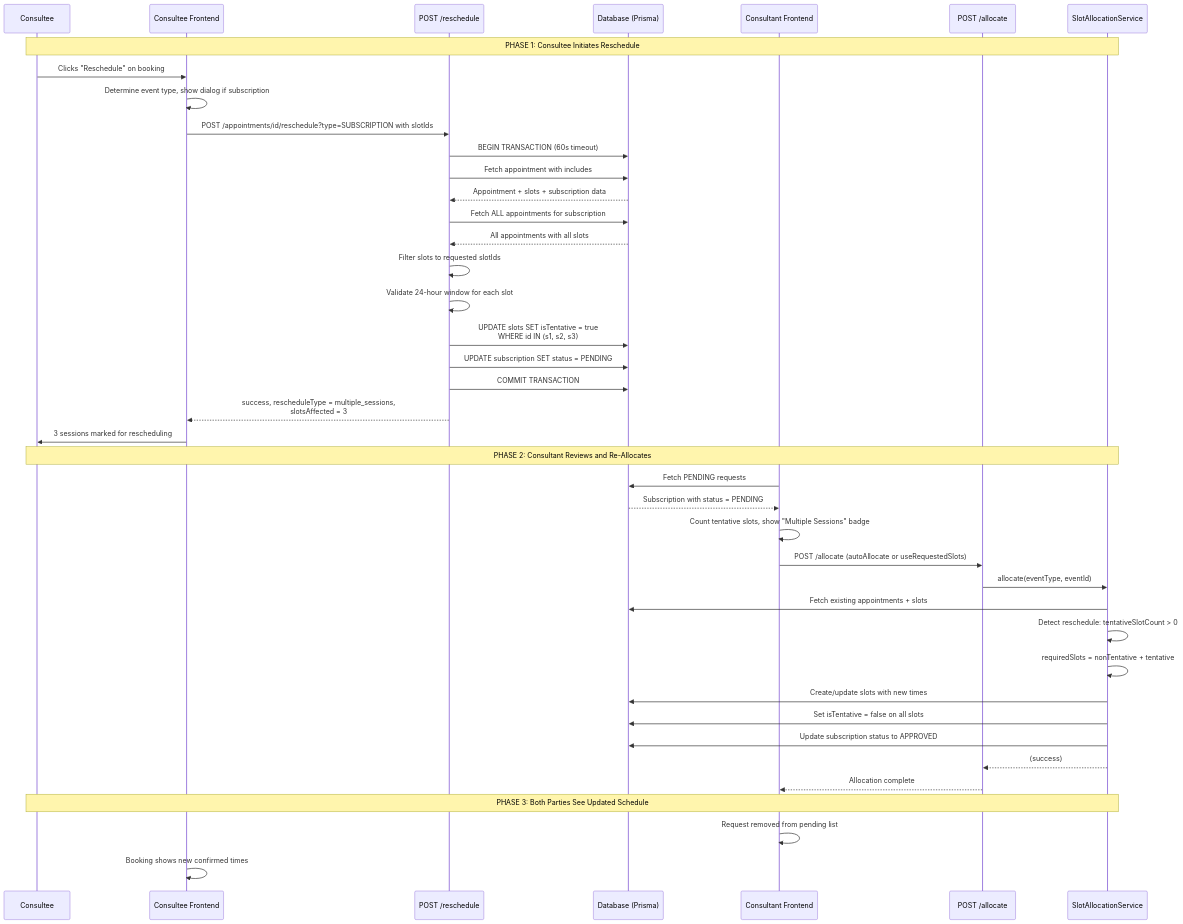
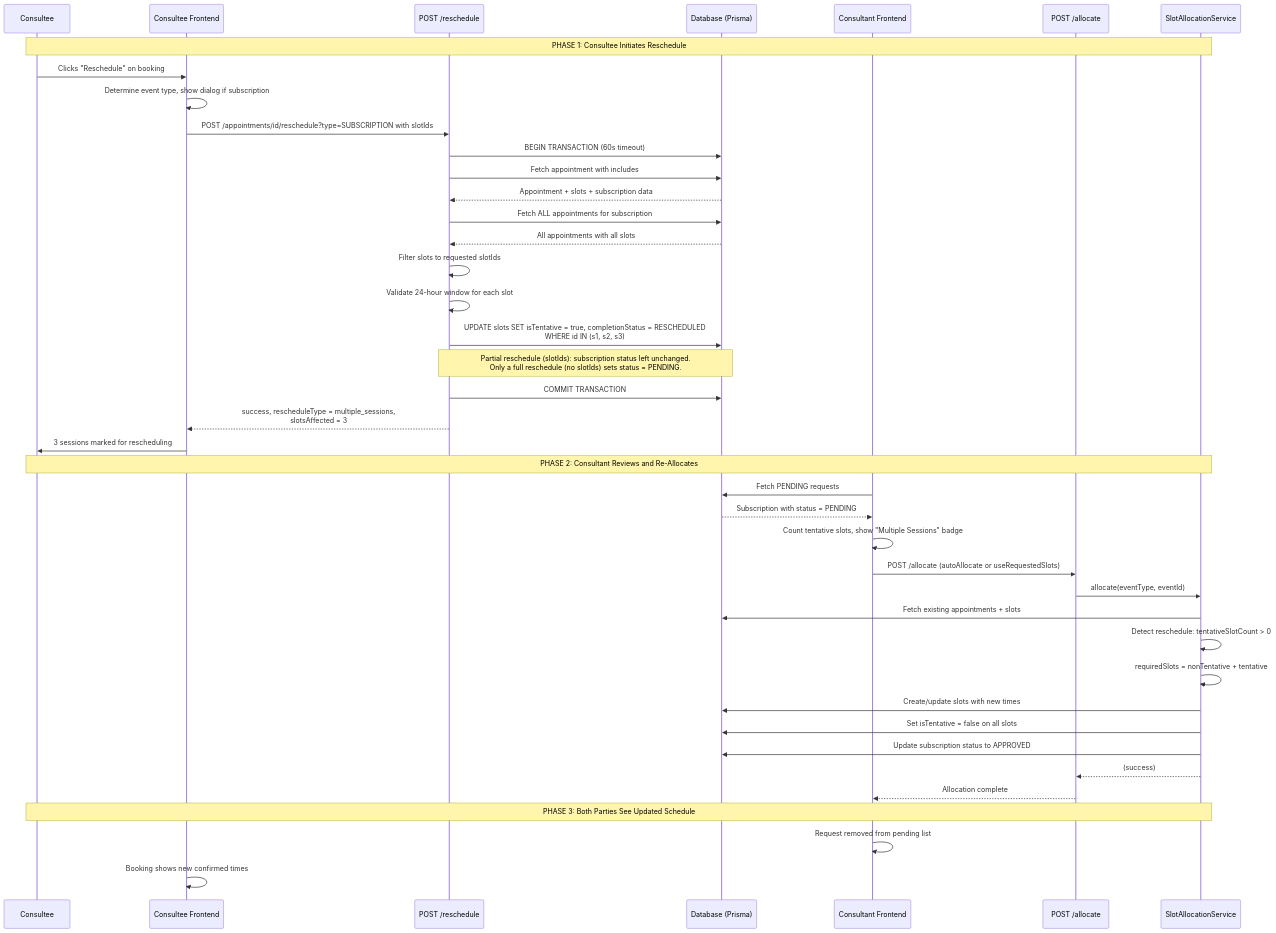
Before and after one commit to Practitionist/familiarise_web: the fourth of 10 diagrams in docs/booking/07-rescheduling-flow.md, drawn with Mermaid. The commit also changed other lines of this file and 30 other files, not shown here.

````diff
--- a/docs/booking/07-rescheduling-flow.md
+++ b/docs/booking/07-rescheduling-flow.md
@@ -321,60 +321,60 @@
 ```mermaid
 sequenceDiagram
     participant Consultee
     participant Frontend as Consultee Frontend
     participant RescheduleAPI as POST /reschedule
     participant DB as Database (Prisma)
     participant ConsultantUI as Consultant Frontend
     participant AllocateAPI as POST /allocate
     participant SlotService as SlotAllocationService
 
     Note over Consultee,SlotService: PHASE 1: Consultee Initiates Reschedule
 
     Consultee->>Frontend: Clicks "Reschedule" on booking
     Frontend->>Frontend: Determine event type, show dialog if subscription
 
     Frontend->>RescheduleAPI: POST /appointments/id/reschedule?type=SUBSCRIPTION with slotIds
 
     RescheduleAPI->>DB: BEGIN TRANSACTION (60s timeout)
     RescheduleAPI->>DB: Fetch appointment with includes
     DB-->>RescheduleAPI: Appointment + slots + subscription data
 
     RescheduleAPI->>DB: Fetch ALL appointments for subscription
     DB-->>RescheduleAPI: All appointments with all slots
 
     RescheduleAPI->>RescheduleAPI: Filter slots to requested slotIds
     RescheduleAPI->>RescheduleAPI: Validate 24-hour window for each slot
 
-    RescheduleAPI->>DB: UPDATE slots SET isTentative = true<br/>WHERE id IN (s1, s2, s3)
-    RescheduleAPI->>DB: UPDATE subscription SET status = PENDING
+    RescheduleAPI->>DB: UPDATE slots SET isTentative = true, completionStatus = RESCHEDULED<br/>WHERE id IN (s1, s2, s3)
+    Note over RescheduleAPI,DB: Partial reschedule (slotIds): subscription status left unchanged.<br/>Only a full reschedule (no slotIds) sets status = PENDING.
     RescheduleAPI->>DB: COMMIT TRANSACTION
 
     RescheduleAPI-->>Frontend: success, rescheduleType = multiple_sessions,<br/>slotsAffected = 3
     Frontend->>Consultee: 3 sessions marked for rescheduling
 
     Note over Consultee,SlotService: PHASE 2: Consultant Reviews and Re-Allocates
 
     ConsultantUI->>DB: Fetch PENDING requests
     DB-->>ConsultantUI: Subscription with status = PENDING
 
     ConsultantUI->>ConsultantUI: Count tentative slots, show "Multiple Sessions" badge
 
     ConsultantUI->>AllocateAPI: POST /allocate (autoAllocate or useRequestedSlots)
     AllocateAPI->>SlotService: allocate(eventType, eventId)
 
     SlotService->>DB: Fetch existing appointments + slots
     SlotService->>SlotService: Detect reschedule: tentativeSlotCount > 0
     SlotService->>SlotService: requiredSlots = nonTentative + tentative
 
     SlotService->>DB: Create/update slots with new times
     SlotService->>DB: Set isTentative = false on all slots
     SlotService->>DB: Update subscription status to APPROVED
 
     SlotService-->>AllocateAPI: (success)
     AllocateAPI-->>ConsultantUI: Allocation complete
 
     Note over Consultee,SlotService: PHASE 3: Both Parties See Updated Schedule
 
     ConsultantUI->>ConsultantUI: Request removed from pending list
     Frontend->>Frontend: Booking shows new confirmed times
 ```
````
